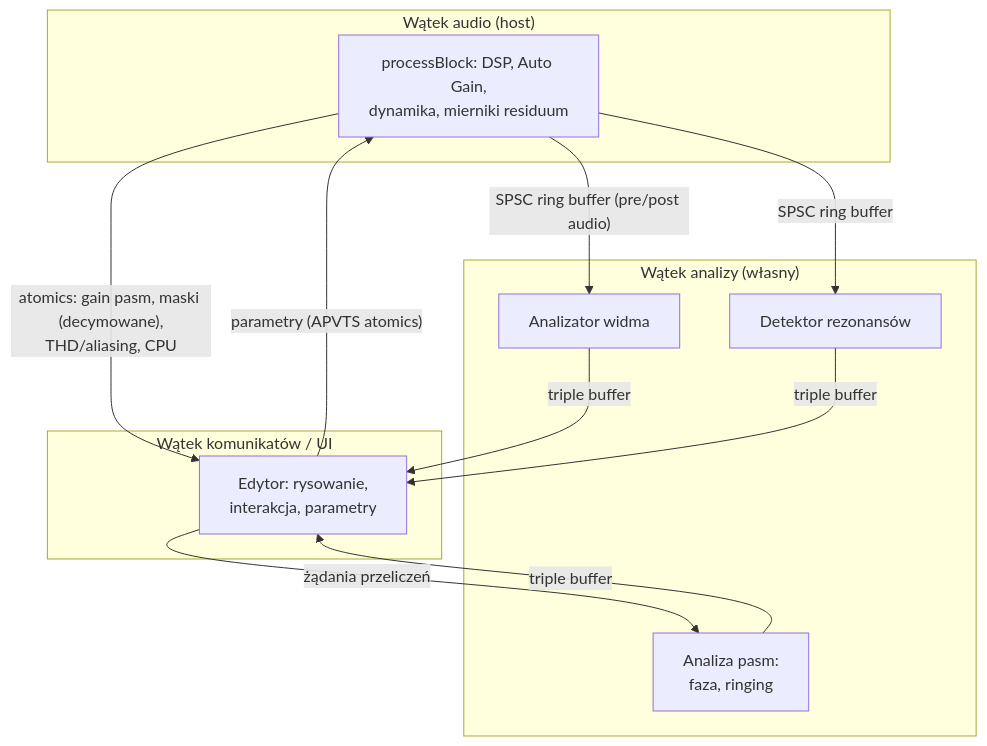
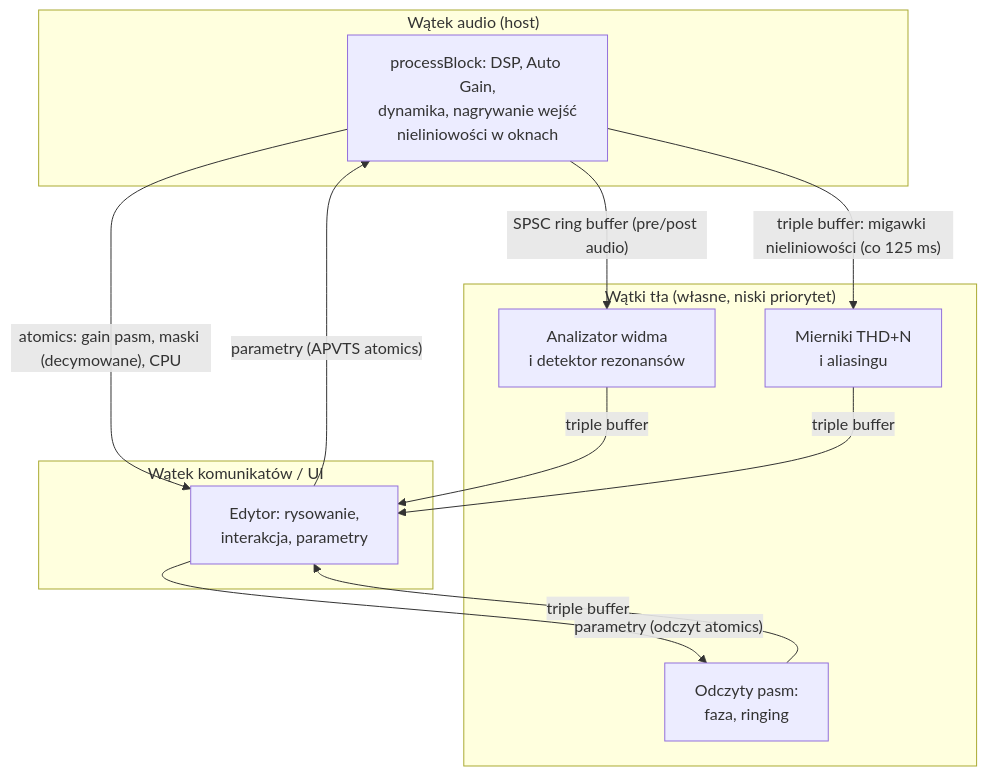
One commit to ffsfdfhbdg01/Sam-spectral-control changed the second of 2 diagrams in docs/architecture.md. Above: the diagram before and after it, drawn with Mermaid. The commit also changed other lines of this file and 33 other files, not shown here.

````diff
--- a/docs/architecture.md
+++ b/docs/architecture.md
@@ -92,22 +92,22 @@
 ```mermaid
 flowchart TB
     subgraph Audio["Wątek audio (host)"]
-        P[processBlock: DSP, Auto Gain,<br/>dynamika, mierniki residuum]
+        P[processBlock: DSP, Auto Gain,<br/>dynamika, nagrywanie wejść<br/>nieliniowości w oknach]
     end
-    subgraph Analysis["Wątek analizy (własny)"]
-        A1[Analizator widma]
-        A2[Detektor rezonansów]
-        A3[Analiza pasm:<br/>faza, ringing]
+    subgraph Analysis["Wątki tła (własne, niski priorytet)"]
+        A1[Analizator widma<br/>i detektor rezonansów]
+        A3[Odczyty pasm:<br/>faza, ringing]
+        A4[Mierniki THD+N<br/>i aliasingu]
     end
     subgraph UI["Wątek komunikatów / UI"]
         E[Edytor: rysowanie,<br/>interakcja, parametry]
     end
     P -- "SPSC ring buffer (pre/post audio)" --> A1
-    P -- "SPSC ring buffer" --> A2
-    P -- "atomics: gain pasm, maski (decymowane),<br/>THD/aliasing, CPU" --> E
+    P -- "triple buffer: migawki nieliniowości (co 125 ms)" --> A4
+    P -- "atomics: gain pasm, maski (decymowane), CPU" --> E
     E -- "parametry (APVTS atomics)" --> P
-    E -- "żądania przeliczeń" --> A3
+    E -- "parametry (odczyt atomics)" --> A3
     A1 -- "triple buffer" --> E
-    A2 -- "triple buffer" --> E
     A3 -- "triple buffer" --> E
+    A4 -- "triple buffer" --> E
 ```
````
